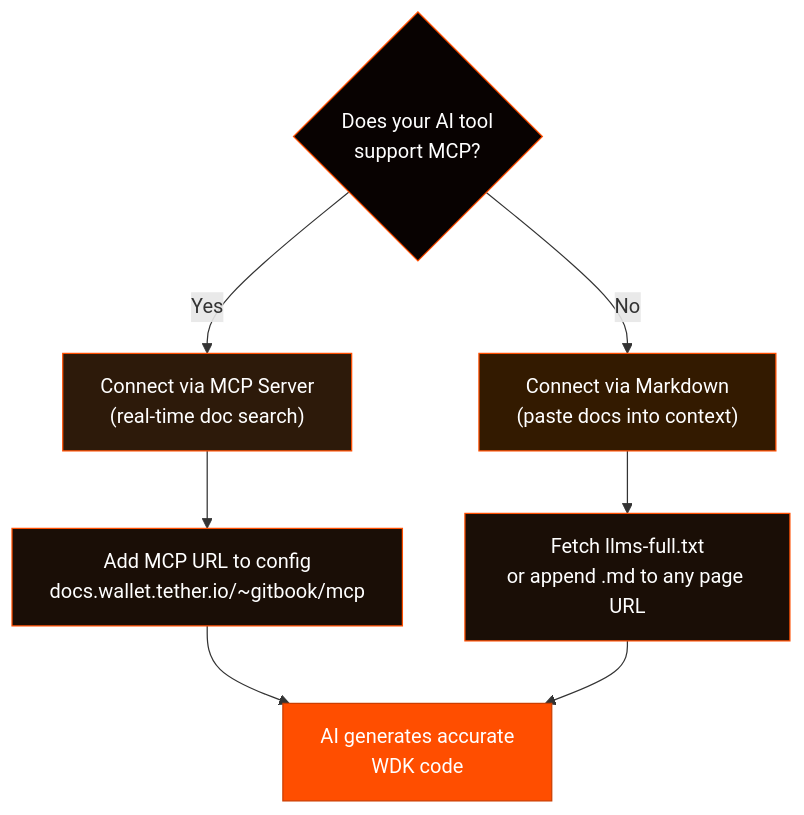
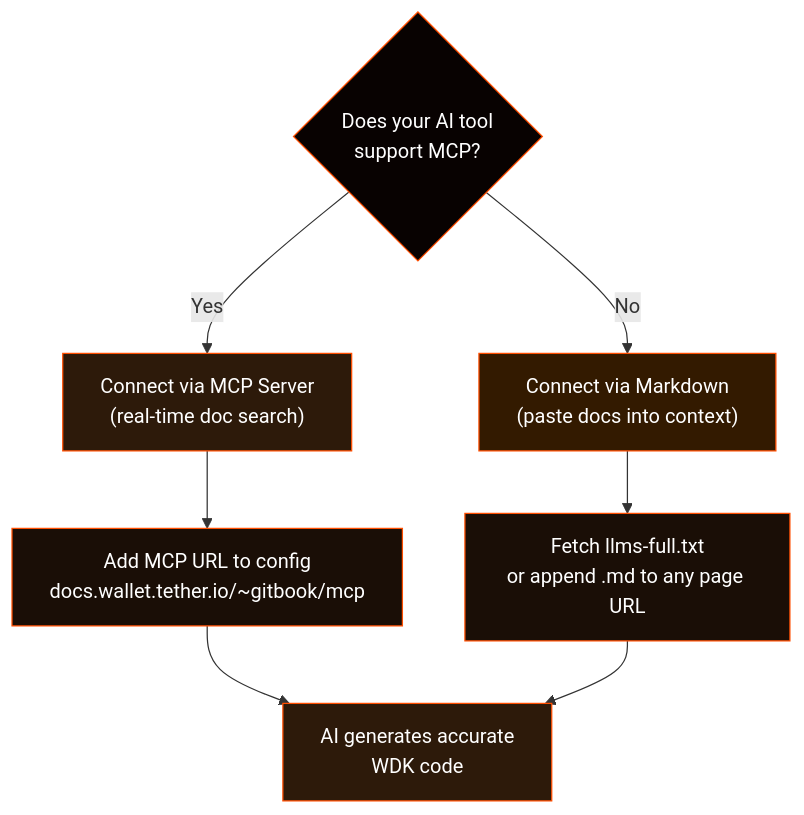
Before and after one commit to gatteo/wdk-docs: the diagram in start-building/build-with-ai.md, drawn with Mermaid. The commit also changed 16 other files, not shown here.

Commit message:
docs: replace all primary orange backgrounds with dark tones in diagrams

````diff
--- a/start-building/build-with-ai.md
+++ b/start-building/build-with-ai.md
@@ -30,19 +30,19 @@
 ```mermaid
 flowchart TD
     Q{"Does your AI tool\nsupport MCP?"}
     Q -->|Yes| MCP["Connect via MCP Server\n(real-time doc search)"]
     Q -->|No| MD["Connect via Markdown\n(paste docs into context)"]
 
     MCP --> URL["Add MCP URL to config\ndocs.wallet.tether.io/~gitbook/mcp"]
     MD --> LLMS["Fetch llms-full.txt\nor append .md to any page URL"]
 
     URL --> BUILD["AI generates accurate\nWDK code"]
     LLMS --> BUILD
 
     style Q fill:#080201,stroke:#FF4E00,color:#fff
     style MCP fill:#2d1a0a,stroke:#FF4E00,color:#fff
     style MD fill:#331a00,stroke:#FF4E00,color:#fff
     style URL fill:#1a0e06,stroke:#FF4E00,color:#fff
     style LLMS fill:#1a0e06,stroke:#FF4E00,color:#fff
-    style BUILD fill:#FF4E00,stroke:#cc3e00,color:#fff
+    style BUILD fill:#2d1a0a,stroke:#FF4E00,color:#fff
 ```
````
